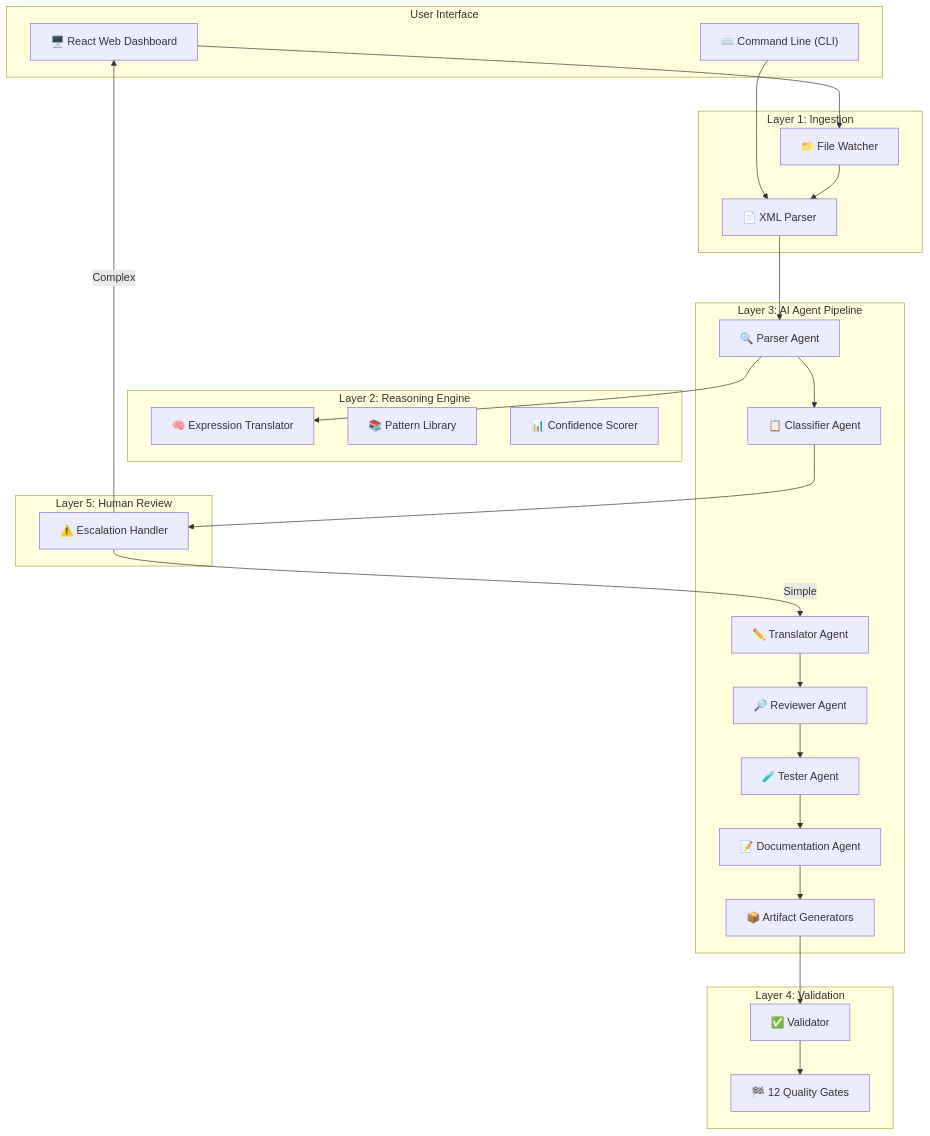
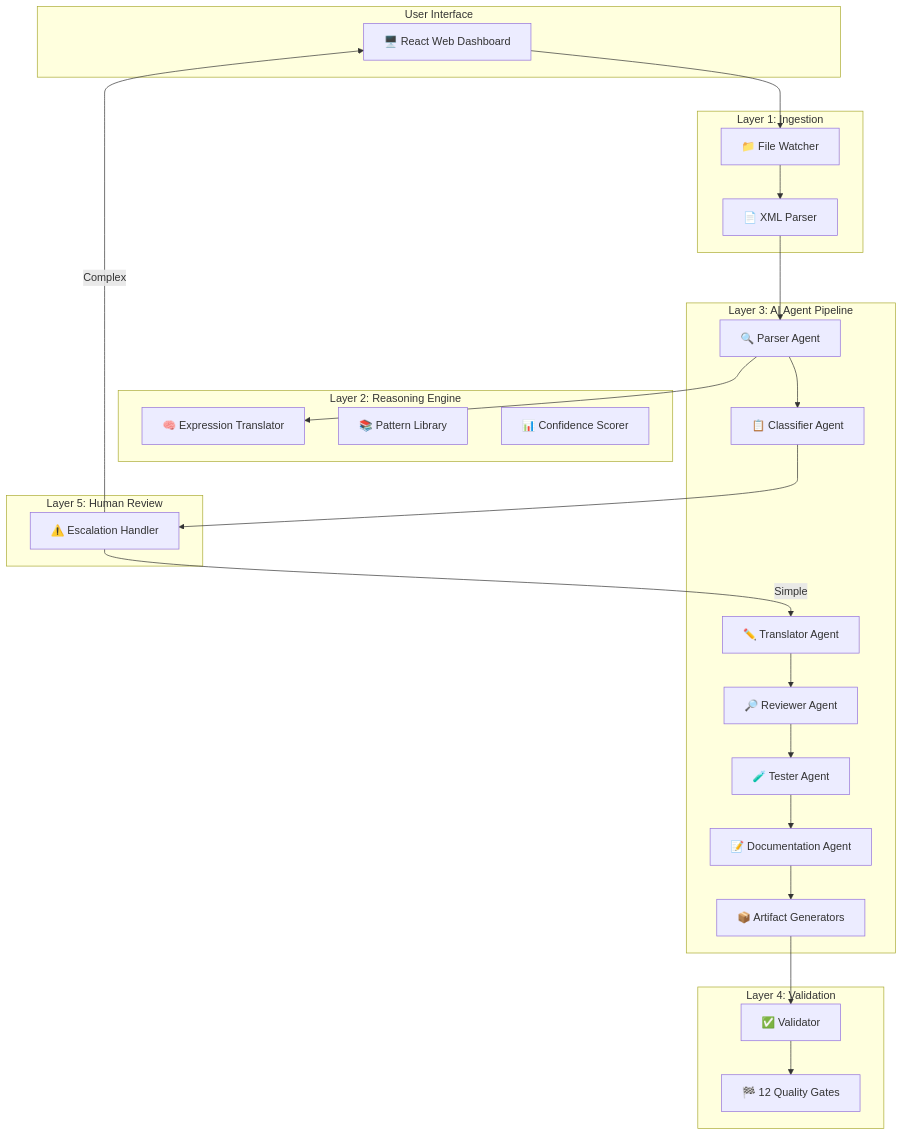
The first of 2 diagrams in README.md (snairaadarsh/ibm-datastage-modernization), drawn with Mermaid before and after one commit. The commit also changed other lines of this file, not shown here.

Commit message:
docs: update Getting Started guide, remove CLI references

````diff
--- a/README.md
+++ b/README.md
@@ -109,53 +109,51 @@
 ```mermaid
 graph TB
     subgraph "User Interface"
         UI["🖥️ React Web Dashboard"]
-        CLI["⌨️ Command Line (CLI)"]
     end
 
     subgraph "Layer 1: Ingestion"
         FW["📁 File Watcher"]
         XP["📄 XML Parser"]
     end
 
     subgraph "Layer 2: Reasoning Engine"
         RE["🧠 Expression Translator"]
         PL["📚 Pattern Library"]
         CS["📊 Confidence Scorer"]
     end
 
     subgraph "Layer 3: AI Agent Pipeline"
         PA["🔍 Parser Agent"]
         CA["📋 Classifier Agent"]
         TA["✏️ Translator Agent"]
         RA["🔎 Reviewer Agent"]
         TE["🧪 Tester Agent"]
         DA["📝 Documentation Agent"]
         AG["📦 Artifact Generators"]
     end
 
     subgraph "Layer 4: Validation"
         VA["✅ Validator"]
         QG["🏁 12 Quality Gates"]
     end
 
     subgraph "Layer 5: Human Review"
         EH["⚠️ Escalation Handler"]
     end
 
     UI --> FW
-    CLI --> XP
     FW --> XP
     XP --> PA
     PA --> RE
     PA --> CA
     CA --> EH
     EH -->|Simple| TA
     EH -->|Complex| UI
     TA --> RA
     RA --> TE
     TE --> DA
     DA --> AG
     AG --> VA
     VA --> QG
 ```
````
